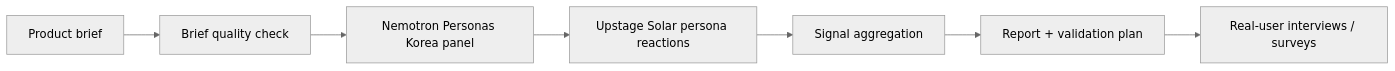
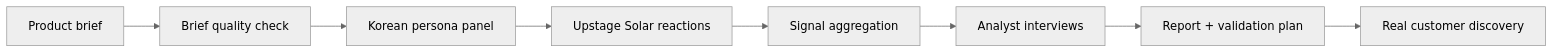
The diagram in README.md (choihyun-1110/hynix-pe-simulation), drawn with Mermaid (neutral theme) before and after one commit. The commit also changed other lines of this file and 2 other files, not shown here.

````diff
--- a/README.md
+++ b/README.md
@@ -58,9 +87,10 @@
 ```mermaid
 flowchart LR
   A[Product brief] --> B[Brief quality check]
-  B --> C[Nemotron Personas Korea panel]
-  C --> D[Upstage Solar persona reactions]
+  B --> C[Korean persona panel]
+  C --> D[Upstage Solar reactions]
   D --> E[Signal aggregation]
-  E --> F[Report + validation plan]
-  F --> G[Real-user interviews / surveys]
+  E --> F[Analyst interviews]
+  F --> G[Report + validation plan]
+  G --> H[Real customer discovery]
 ```
````
